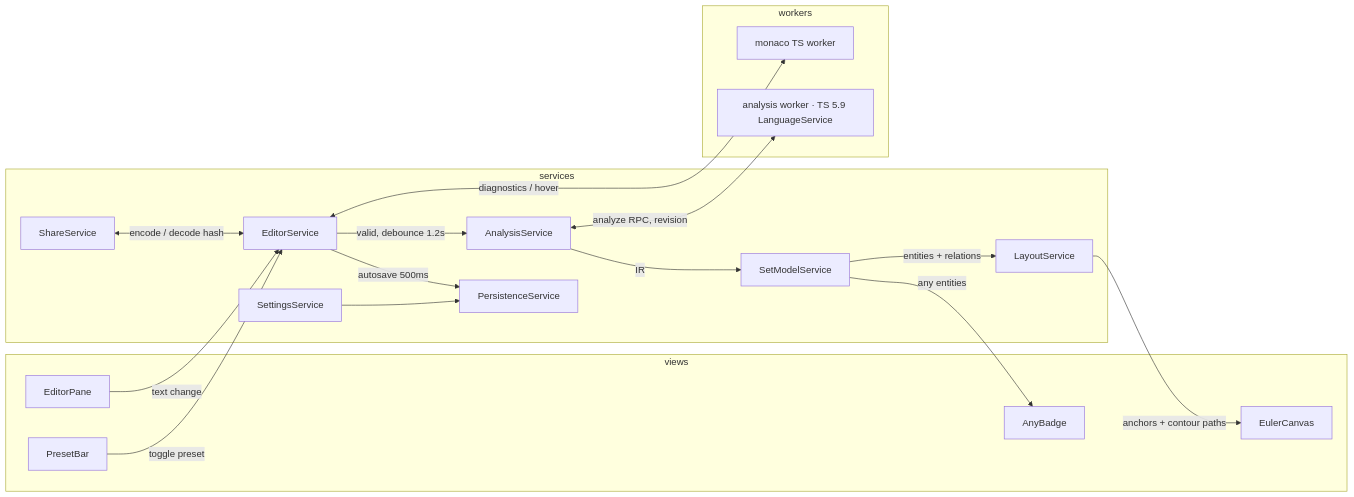
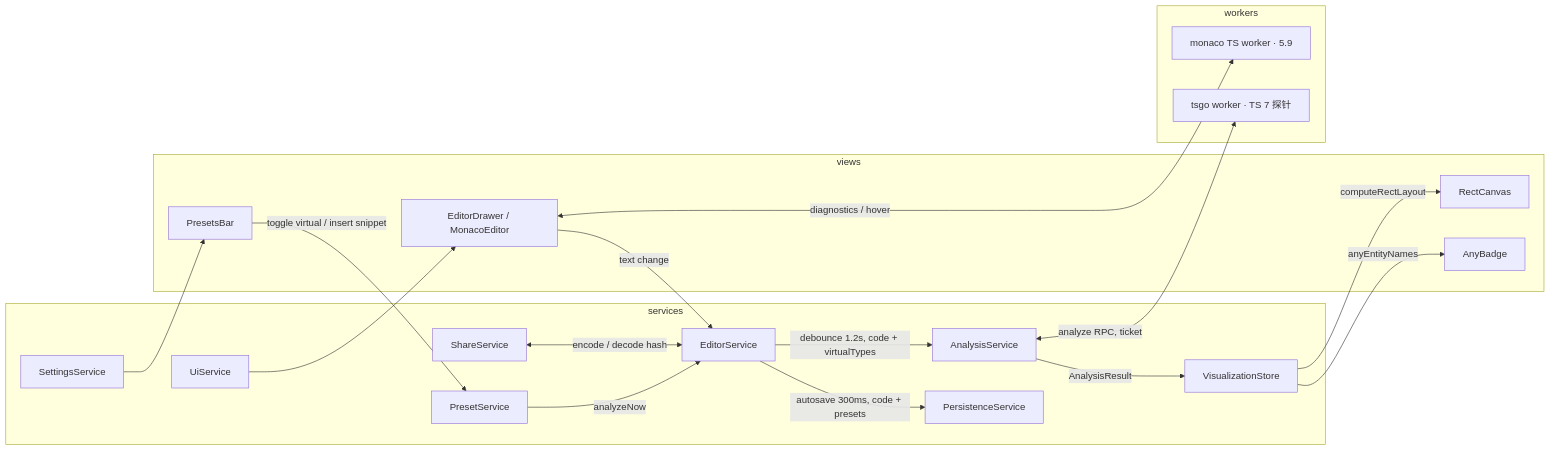
The diagram in docs/architecture/工程架构设计.md (zthxxx/typarium), drawn with Mermaid before and after one commit. The commit also changed other lines of this file and 7 other files, not shown here.

````diff
--- a/docs/architecture/工程架构设计.md
+++ b/docs/architecture/工程架构设计.md
@@ -58,35 +58,37 @@
 ```mermaid
 flowchart LR
   subgraph views
-    EP[EditorPane]
-    EC[EulerCanvas]
-    PB[PresetBar]
+    ED[EditorDrawer / MonacoEditor]
+    RC[RectCanvas]
+    PB[PresetsBar]
     AB[AnyBadge]
   end
   subgraph services
     ES[EditorService]
+    PR[PresetService]
     AS[AnalysisService]
-    SM[SetModelService]
-    LO[LayoutService]
+    VZ[VisualizationStore]
     PS[PersistenceService]
     SH[ShareService]
+    UI[UiService]
     ST[SettingsService]
   end
   subgraph workers
-    MW[monaco TS worker]
-    AW[analysis worker · TS 5.9 LanguageService]
+    MW[monaco TS worker · 5.9]
+    AW[tsgo worker · TS 7 探针]
   end
 
-  EP -->|text change| ES
-  ES <-->|diagnostics / hover| MW
-  ES -->|valid, debounce 1.2s| AS
-  AS <-->|analyze RPC, revision| AW
-  AS -->|IR| SM
-  SM -->|entities + relations| LO
-  LO -->|anchors + contour paths| EC
-  SM -->|any entities| AB
-  PB -->|toggle preset| ES
-  ES -->|autosave 500ms| PS
+  ED -->|text change| ES
+  ED <-->|diagnostics / hover| MW
+  PB -->|toggle virtual / insert snippet| PR
+  PR -->|analyzeNow| ES
+  ES -->|debounce 1.2s, code + virtualTypes| AS
+  AS <-->|analyze RPC, ticket| AW
+  AS -->|AnalysisResult| VZ
+  VZ -->|computeRectLayout| RC
+  VZ -->|anyEntityNames| AB
+  ES -->|autosave 300ms, code + presets| PS
   SH <-->|encode / decode hash| ES
-  ST --> PS
+  UI --> ED
+  ST --> PB
 ```
````
